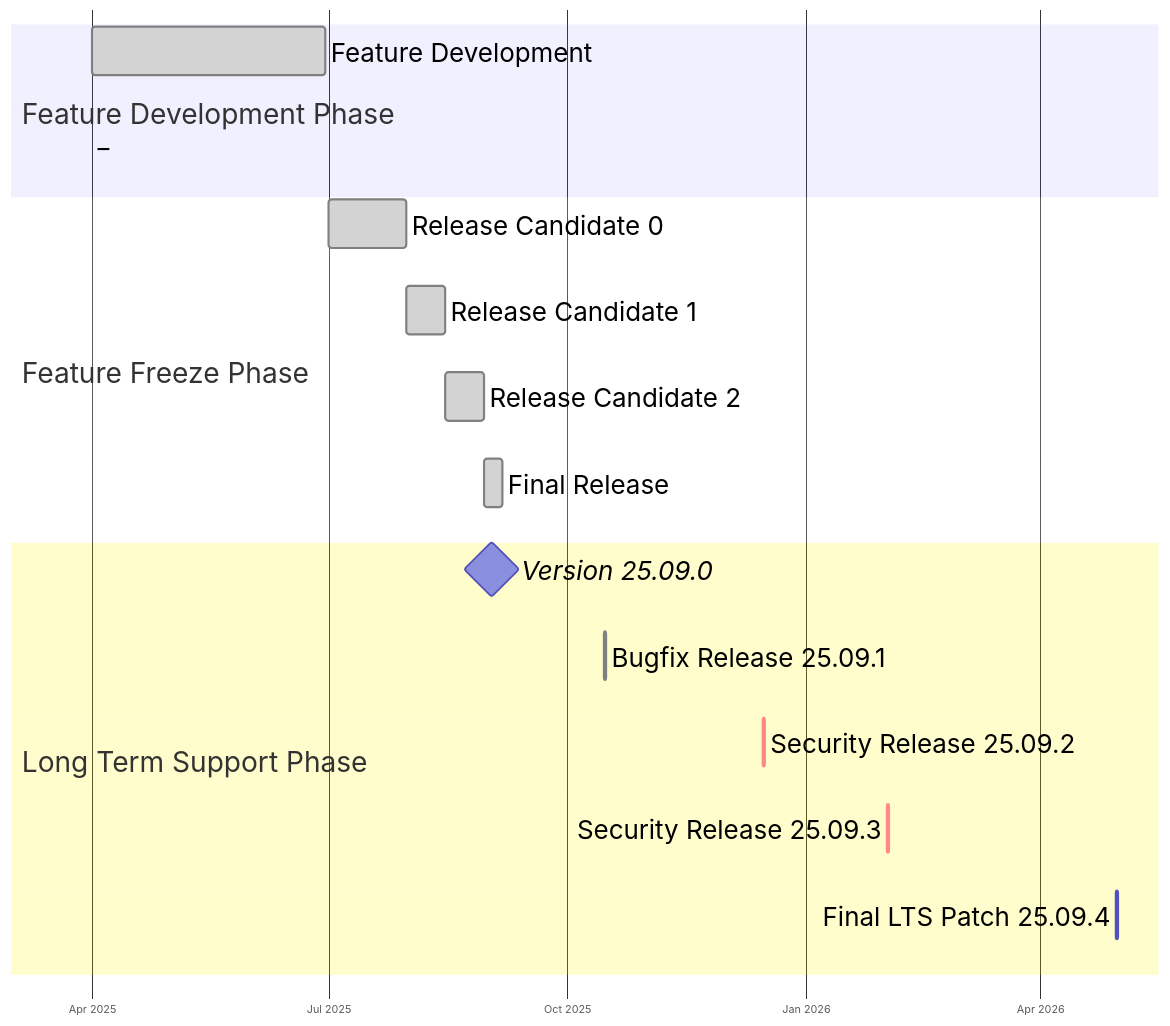
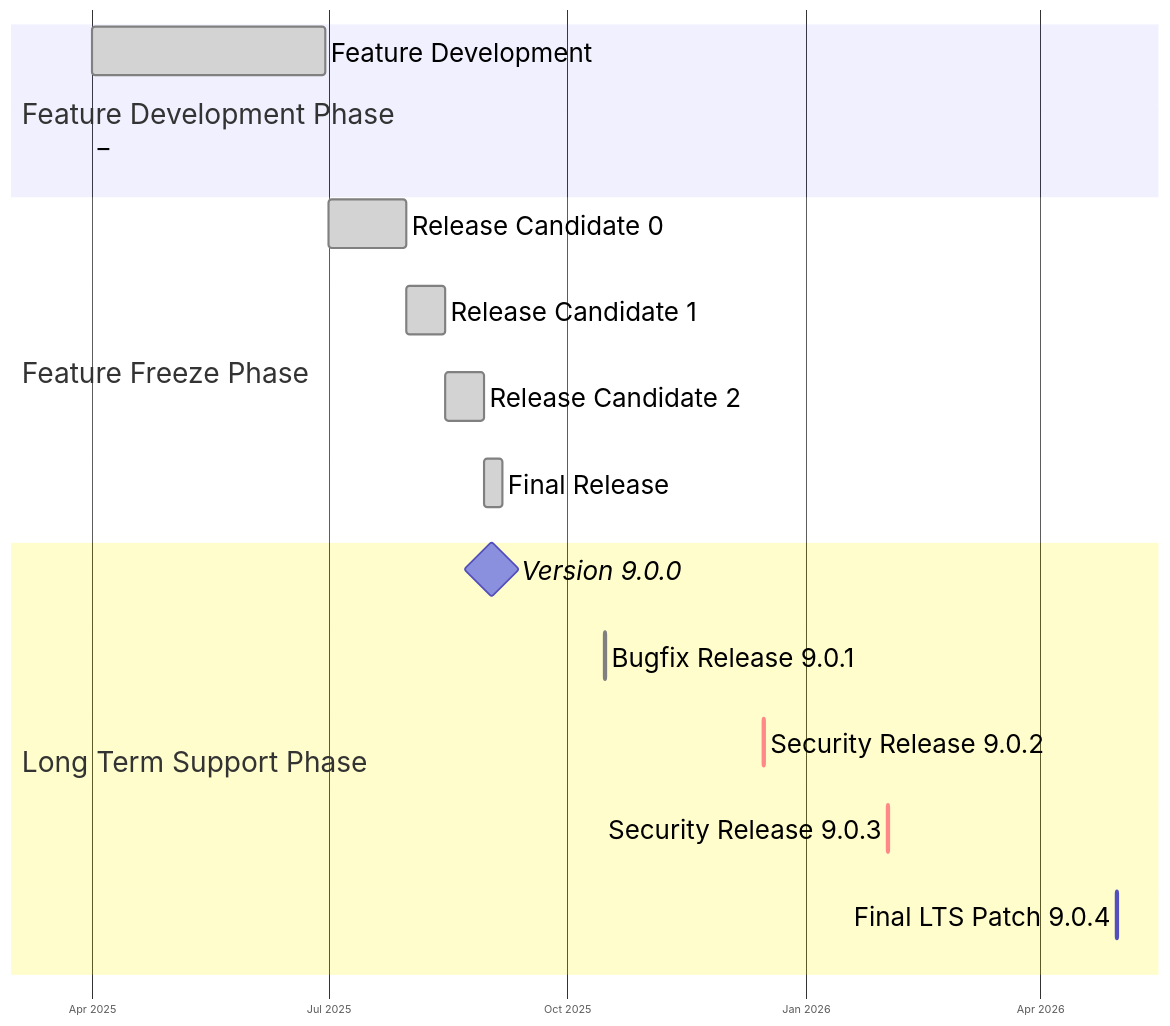
The third of 4 diagrams in docs/docusaurus/docs/reference/product_lifecycle_and_release_cadence.md (sequentech/step), drawn with Mermaid before and after one commit. The commit also changed other lines of this file, not shown here.

First line of the commit message:
Delay change to YYYY.MM release version format to 2026.03

````diff
--- a/docs/docusaurus/docs/reference/product_lifecycle_and_release_cadence.md
+++ b/docs/docusaurus/docs/reference/product_lifecycle_and_release_cadence.md
@@ -309,63 +293,63 @@
 ```mermaid
 ---
 config:
     logLevel: 'debug'
     theme: 'default'
     themeCSS: " \n
         .taskText { font-size: 14px; font-weight: 500; }
         rect[id^=feat_dev] { fill: #2de8b9; stroke-width: 3px; stroke: #2de8b9; }
         text[id^=feat_dev] { fill: #0f054c !important; font-size: 20px; font-weight: 600; }
         text[id^=feat_blank] { opacity: 0; }
         rect[id^=rc_] { fill: #ff9500; stroke-width: 3px; stroke: #cc7700; }
         text[id^=rc_] { fill: #0f054c !important; font-size: 20px; font-weight: 600; }
         rect[id^=final_] { fill: #0f054c; stroke-width: 4px; stroke: #0a0339; }
         text[id^=final_] { fill: #0f054c !important; font-size: 22px; font-weight: 700; }
         rect[id^=patch_] { fill: #2de8b9; stroke-width: 3px; stroke: #24c7a0; }
         text[id^=patch_] { fill: #0f054c !important; font-size: 20px; font-weight: 600; }
         rect[id^=security_] { fill: #e63946; stroke-width: 4px; stroke: #d62828; }
         text[id^=security_] { fill: #0f054c !important; font-size: 20px; font-weight: 700; }
         .sectionTitle { stroke: white; paint-order: stroke fill; fill: #0f054c; stroke-width: 8px; font-size: 28px; }
         g[class=tick] text { font-size: 18px; }
 
         /*** section backgrounds ***/
         .section0 { fill: #2de8b9; opacity: 0.2; }
         .section1 { fill: #ff9500; opacity: 0.2; }
         .section2 { fill: #6666ff7d; opacity: 0.5; }
         .section3 { fill: #fff400; opacity: 0.2; stroke: none; }
         .section4 { fill: #ffcccc; opacity: 0.3; }
     "
 ---
 %%{init:
     {
         "gantt": {
             "sectionFontSize": 26,
             "fontSize": 24,
             "barGap": 35,
             "barHeight": 45,
             "topPadding": 70
         }
     }
 }%%
 gantt
     todayMarker off
     dateFormat  YYYY-MM-DD
     axisFormat  %b %Y
     tickInterval 3month
     
     section Feature Development Phase
     Feature Development     :done, feat_dev, 2025-04-01, 90d
     _                        :done, feat_blank, 2025-04-01, 0
     
     section Feature Freeze Phase
     Release Candidate 0     :done, rc_0, 2025-07-01, 30d
     Release Candidate 1     :done, rc_1, after rc_0, 15d
     Release Candidate 2     :done, rc_2, after rc_1, 15d
     Final Release           :done, final_release, after rc_2, 7d
 
     section Long Term Support Phase
-    Version 25.09.0         :milestone, 2025-09-02, 0d
-    Bugfix Release 25.09.1  :done, patch_1, 2025-10-15, 1d
-    Security Release 25.09.2 :crit, sec2, 2025-12-15, 1d
-    Security Release 25.09.3 :crit, sec3, 2026-02-01, 1d
-    Final LTS Patch 25.09.4 :active, patch_4, 2026-04-30, 1d
+    Version 9.0.0         :milestone, 2025-09-02, 0d
+    Bugfix Release 9.0.1  :done, patch_1, 2025-10-15, 1d
+    Security Release 9.0.2 :crit, sec2, 2025-12-15, 1d
+    Security Release 9.0.3 :crit, sec3, 2026-02-01, 1d
+    Final LTS Patch 9.0.4 :active, patch_4, 2026-04-30, 1d
 ```
````
